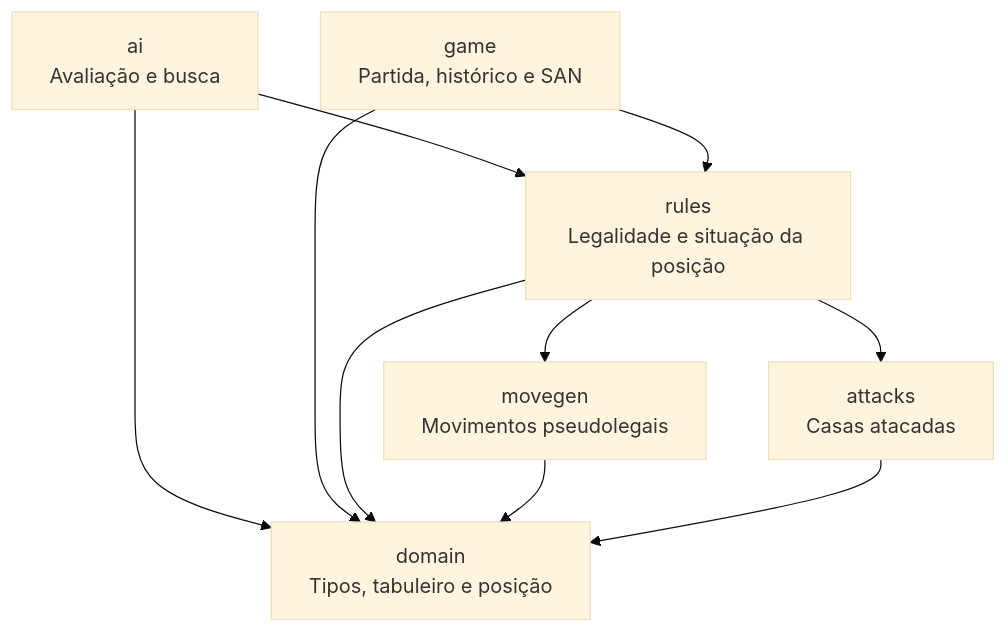
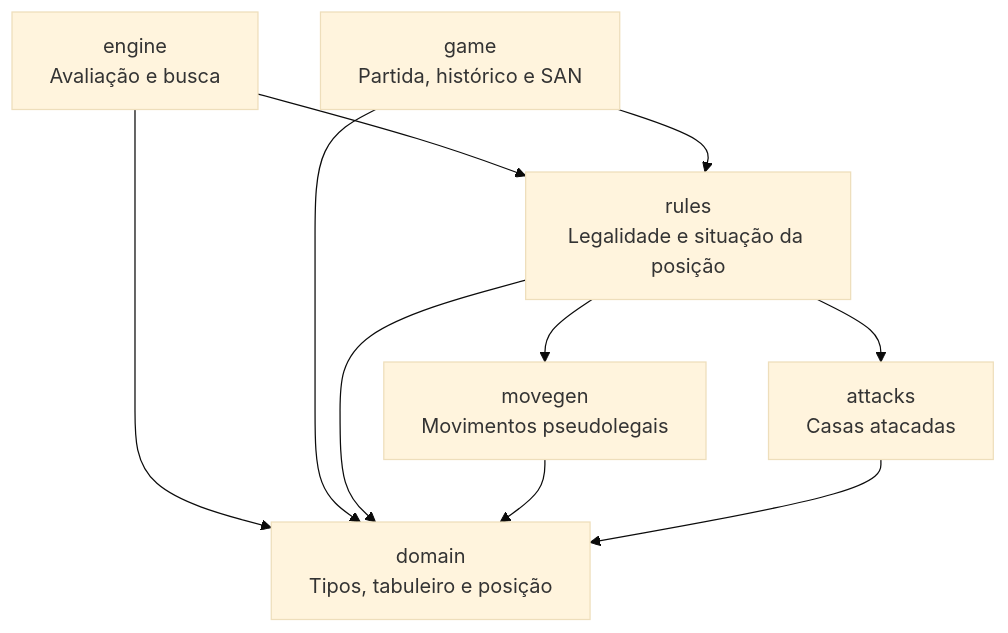
The second of 2 diagrams in README.md (gabrzb/chess-go), drawn with Mermaid (base theme) before and after one commit. The commit also changed other lines of this file and 7 other files, not shown here.

````diff
--- a/README.md
+++ b/README.md
@@ -188,19 +197,19 @@
 ```mermaid
 flowchart TB
     game["game<br/>Partida, histórico e SAN"]
-    ai["ai<br/>Avaliação e busca"]
+    ai["engine<br/>Avaliação e busca"]
     rules["rules<br/>Legalidade e situação da posição"]
     movegen["movegen<br/>Movimentos pseudolegais"]
     attacks["attacks<br/>Casas atacadas"]
     chess["domain<br/>Tipos, tabuleiro e posição"]
 
     ai --> rules
     game --> rules
     rules --> movegen
     rules --> attacks
     ai --> chess
     game --> chess
     rules --> chess
     movegen --> chess
     attacks --> chess
 ```
````
